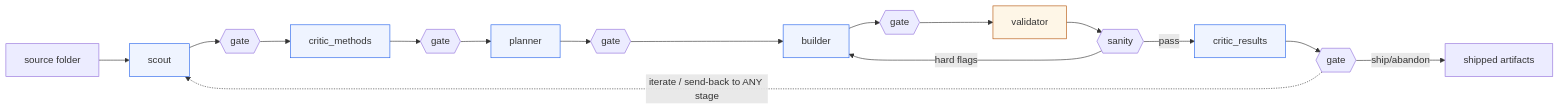
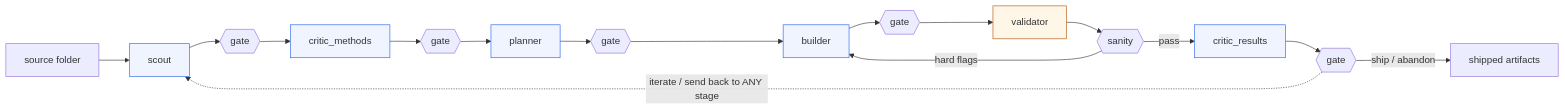
One commit to dawood-adam/helix-mini changed the second of 2 diagrams in docs/architecture.md. Above: the diagram before and after it, drawn with Mermaid. The commit also changed other lines of this file and 6 other files, not shown here.

````diff
--- a/docs/architecture.md
+++ b/docs/architecture.md
@@ -53,18 +64,18 @@
 ```mermaid
 graph LR
     src["source folder"] --> scout
     scout --> g1{{gate}} --> critic_methods
     critic_methods --> g2{{gate}} --> planner
     planner --> g3{{gate}} --> builder
     builder --> g4{{gate}} --> validator
     validator --> g5{{sanity}}
     g5 -->|hard flags| builder
     g5 -->|pass| critic_results
     critic_results --> g6{{gate}}
-    g6 -->|ship/abandon| done["shipped artifacts"]
-    g6 -.->|iterate / send-back to ANY stage| scout
+    g6 -->|ship / abandon| done["shipped artifacts"]
+    g6 -.->|iterate / send back to ANY stage| scout
     classDef llm fill:#EFF4FF,stroke:#2563EB
     classDef det fill:#FEF6E7,stroke:#B45309
     class scout,critic_methods,planner,builder,critic_results llm
     class validator det
 ```
````
